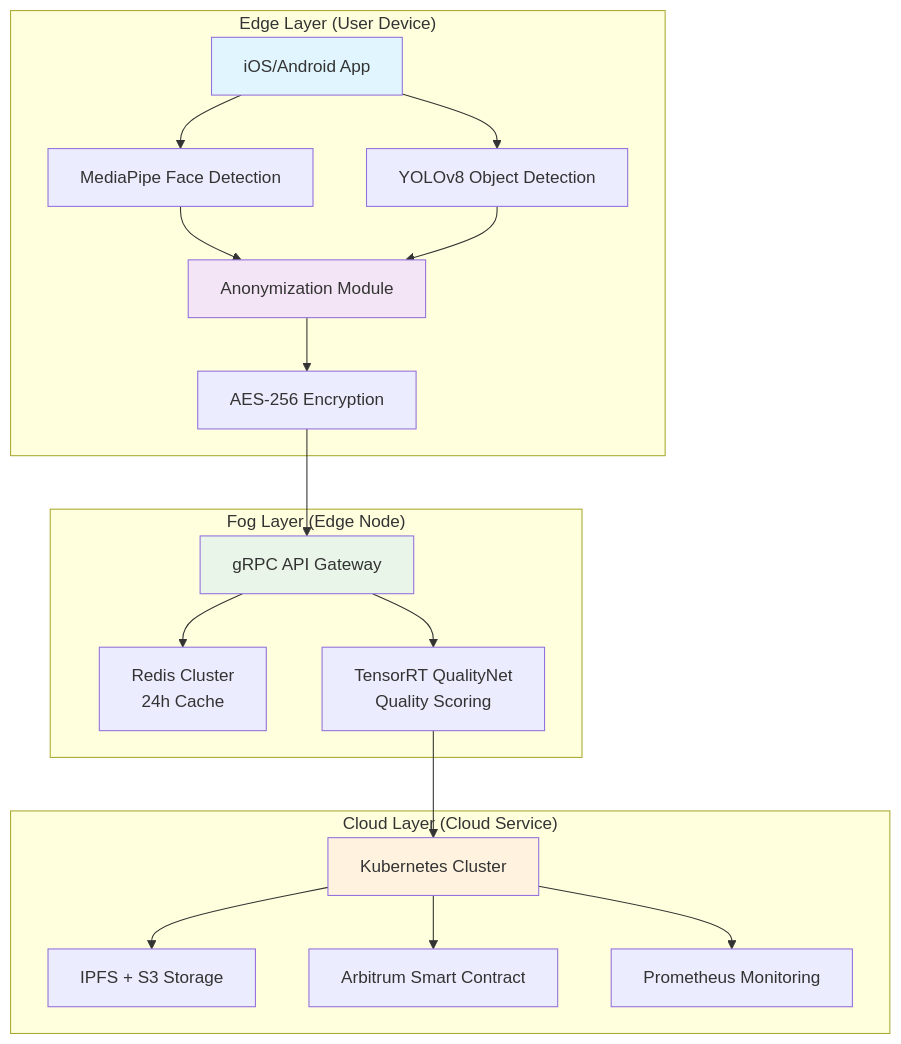
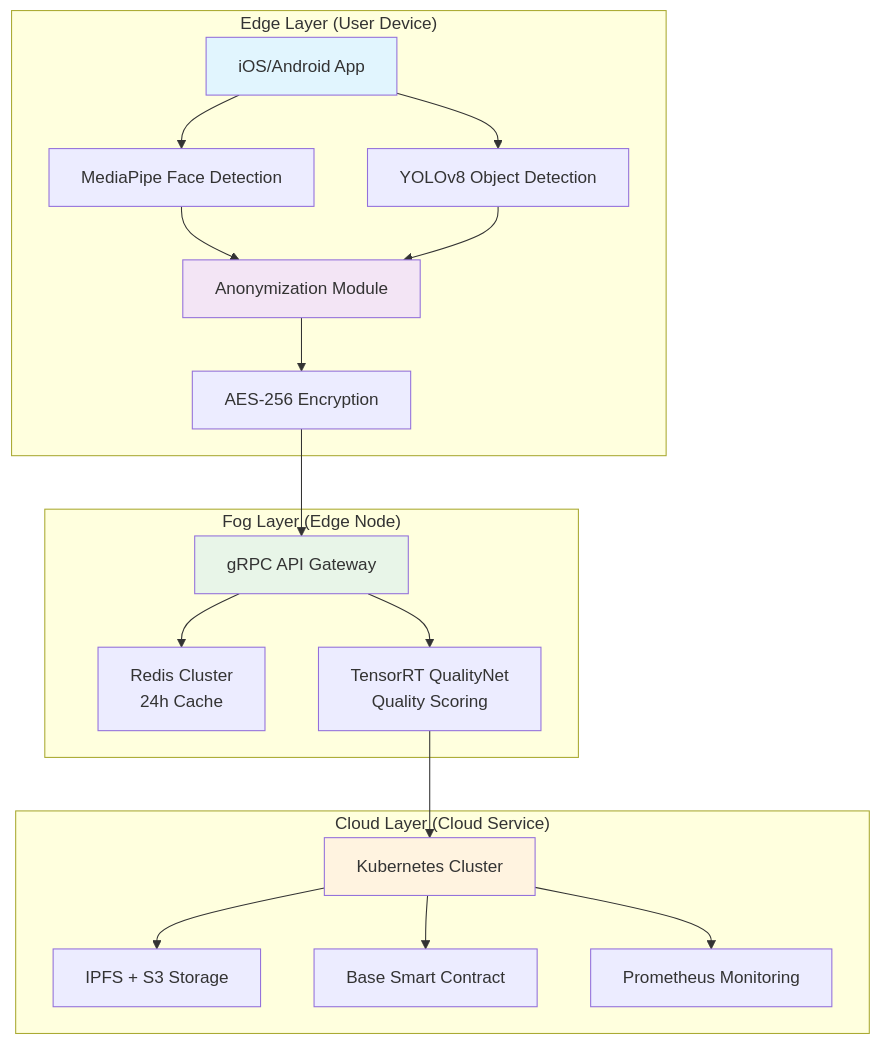
One commit to johnny9007025/humanoid-data-demo changed the first of 9 diagrams in chapter-4-technical-architecture.md. Above: the diagram before and after it, drawn with Mermaid. The commit also changed other lines of this file, not shown here.

````diff
--- a/chapter-4-technical-architecture.md
+++ b/chapter-4-technical-architecture.md
@@ -21,36 +21,36 @@
 ```mermaid
 graph TB
     subgraph "Edge Layer (User Device)"
         A[iOS/Android App] --> B[MediaPipe Face Detection]
         A --> C[YOLOv8 Object Detection]
         B --> D[Anonymization Module]
         C --> D
         D --> E[AES-256 Encryption]
     end
     
     subgraph "Fog Layer (Edge Node)"
         F[Redis Cluster<br/>24h Cache] 
         G[TensorRT QualityNet<br/>Quality Scoring]
         H[gRPC API Gateway]
     end
     
     subgraph "Cloud Layer (Cloud Service)"
         I[Kubernetes Cluster]
         J[IPFS + S3 Storage]
-        K[Arbitrum Smart Contract]
+        K[Base Smart Contract]
         L[Prometheus Monitoring]
     end
     
     E --> H
     H --> F
     H --> G
     G --> I
     I --> J
     I --> K
     I --> L
     
     style A fill:#e1f5fe
     style D fill:#f3e5f5
     style H fill:#e8f5e8
     style I fill:#fff3e0
 ```
````
